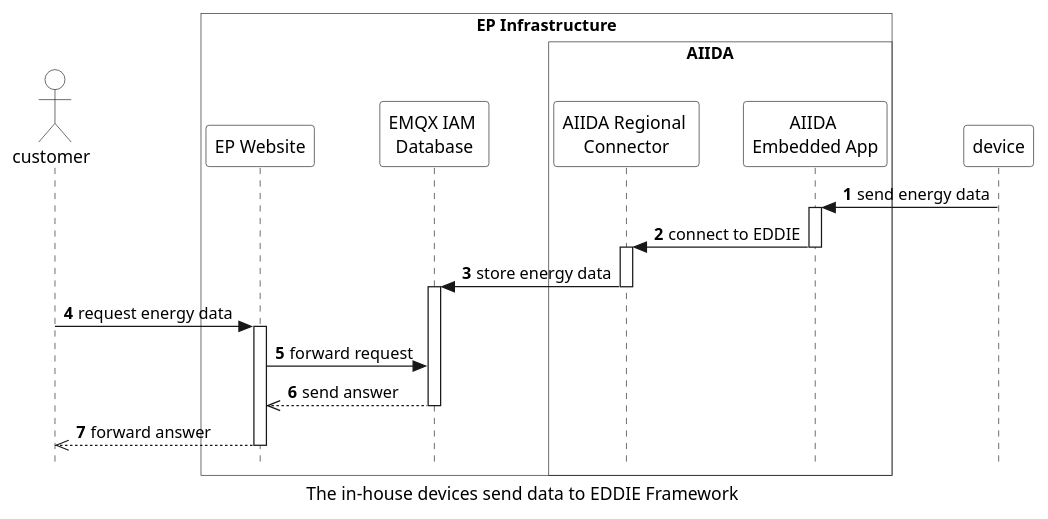
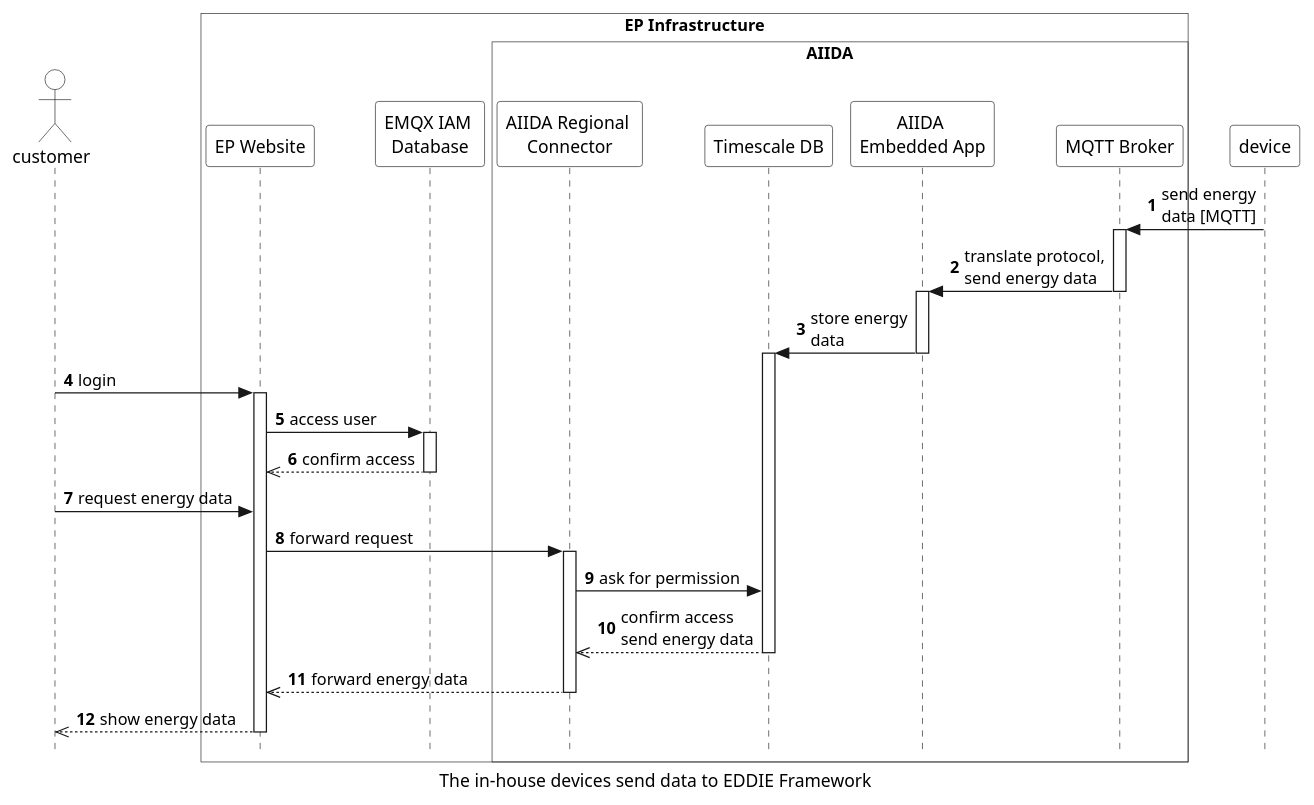
The diagram in arc42/aiida/runtime-view/figures/aiida_send_data.puml (eddie-energy/architecture), drawn with PlantUML before and after one commit. The commit also changed 5 other files, not shown here.

```diff
--- a/arc42/aiida/runtime-view/figures/aiida_send_data.puml
+++ b/arc42/aiida/runtime-view/figures/aiida_send_data.puml
@@ -1,49 +1,64 @@
 @startuml aiida_send_data
 'sequence diagram
 caption The in-house devices send data to EDDIE Framework
 
 skinparam style strictuml
 skinparam sequence {
   ParticipantBackgroundColor transparent
   ActorBackgroundColor transparent
 }
 
 autonumber
 !pragma teoz true
 actor customer
 
 box "Device" as device
 end box
 
 box "EP Infrastructure" #transparent
 
     participant "EP Website" as website
       participant "EMQX IAM \nDatabase" as database
     box "\tAIIDA\t\t"  #transparent
     participant "AIIDA Regional \nConnector" as connector
+     participant "Timescale DB" as timescale
       participant "AIIDA \nEmbedded App"  as app
-      
+      participant "MQTT Broker" as broker
   end box
 
 end box
 
 
-device -> app : send energy data
+device -> broker : send energy\ndata [MQTT]
+activate broker
+broker -> app : translate protocol,\nsend energy data
+deactivate broker
 activate app
-app -> connector : connect to EDDIE
+app -> timescale : store energy\ndata
+activate timescale
 deactivate app
+
+customer -> website : login
+activate website
+website -> database : access user 
+activate database
+database -->> website : confirm access 
+deactivate database
+
+
+customer -> website : request energy data
+website -> connector : forward request
+
 activate connector
-connector -> database :store energy data
-activate database
+connector -> timescale : ask for permission
+timescale -->>  connector  : confirm access\nsend energy data
+deactivate timescale
+connector -->> website : forward energy data
 deactivate connector
-customer -> website : request energy data
-activate website
-website -> database : forward request
-database -->> website : send answer
 deactivate database
-website -->> customer : forward answer
+website -->> customer : show energy data
 deactivate website
 
 
 
 @enduml
```
